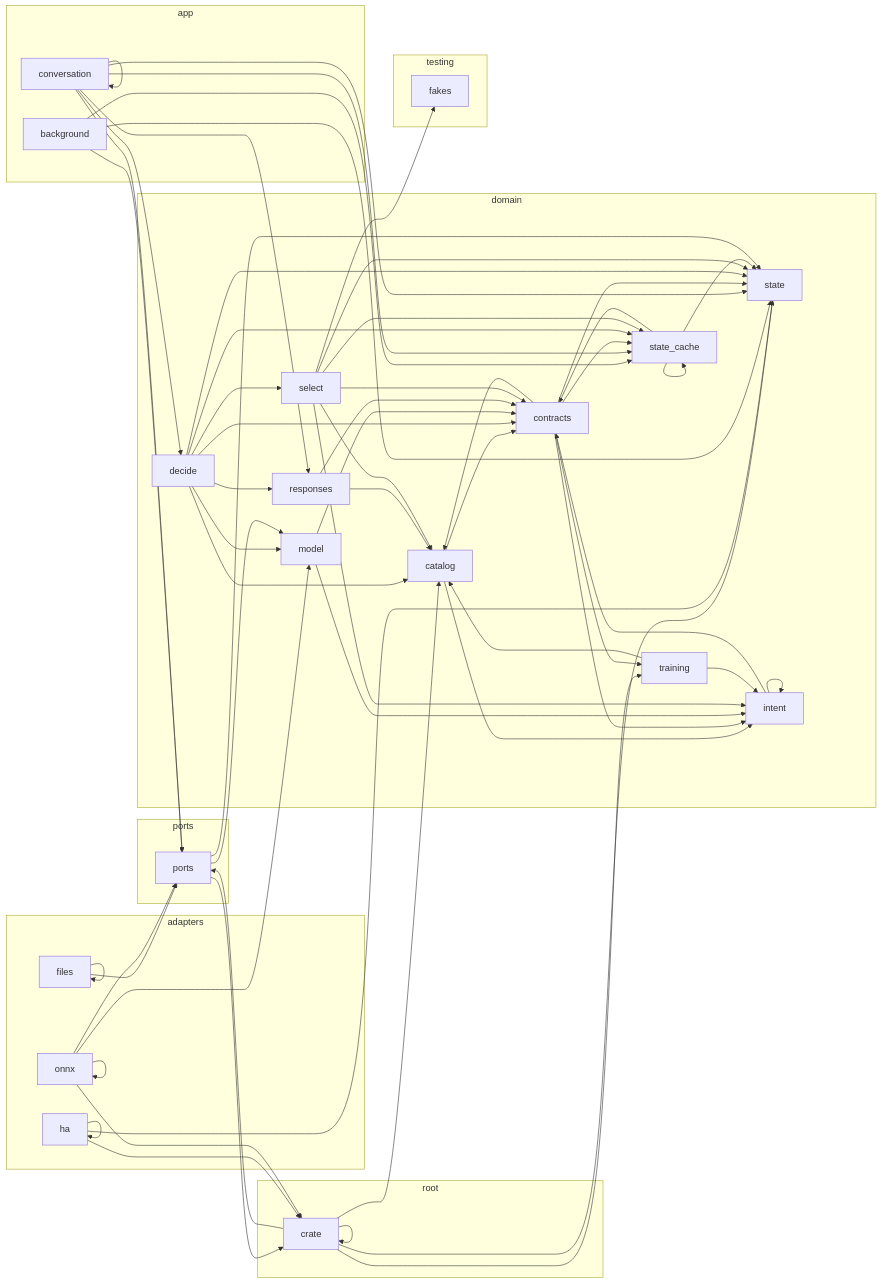
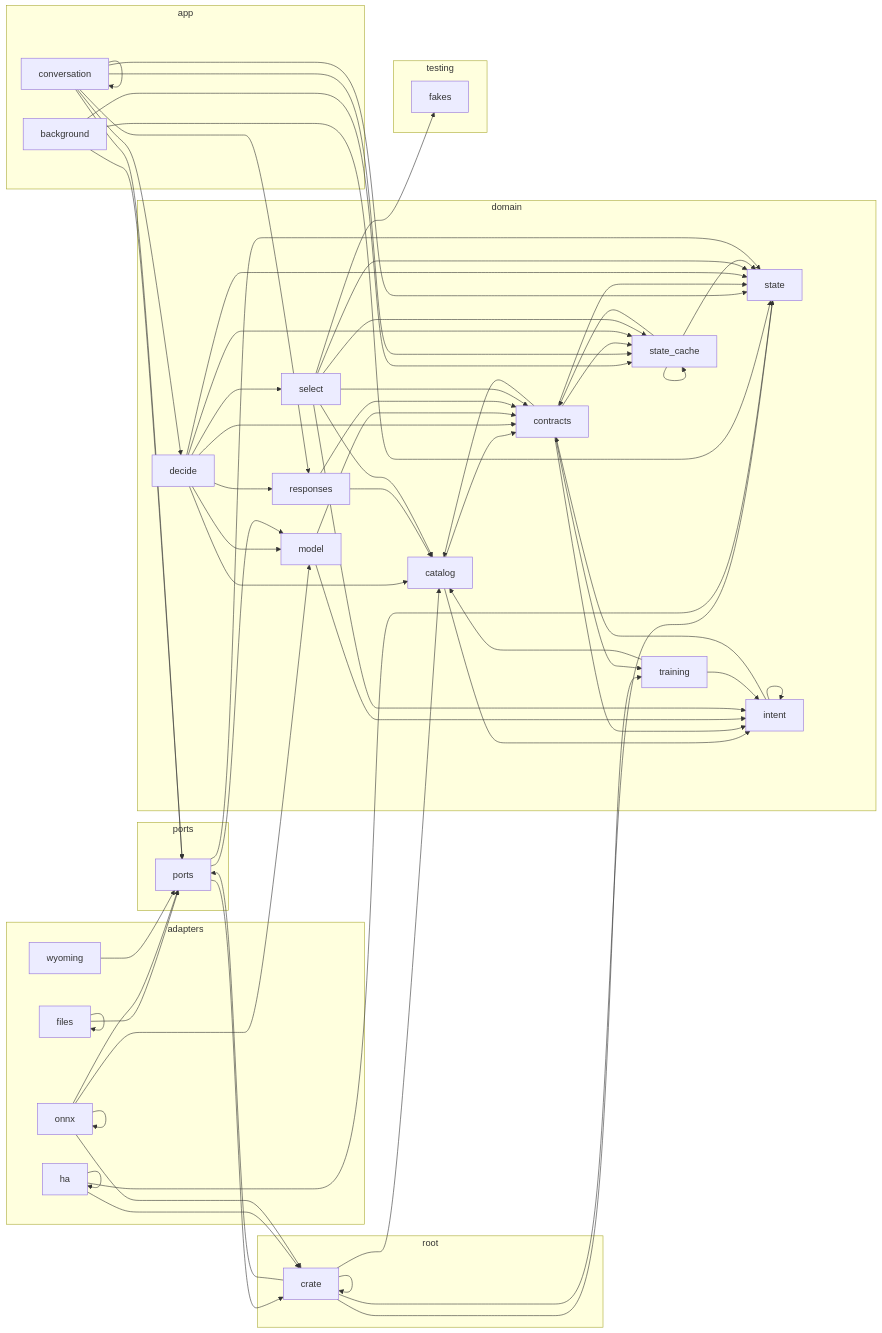
One commit to louislang/ha-jarvis changed the diagram in docs/architecture.md. Above: the diagram before and after it, drawn with Mermaid. The commit also changed 6 other files, not shown here.

```diff
--- a/docs/architecture.md
+++ b/docs/architecture.md
@@ -8,6 +8,7 @@
         crate_adapters_files[files]
         crate_adapters_ha[ha]
         crate_adapters_onnx[onnx]
+        crate_adapters_wyoming[wyoming]
     end
     subgraph app
         crate_app_background[background]
@@ -48,6 +49,7 @@
     crate_adapters_onnx --> crate_adapters_onnx
     crate_adapters_onnx --> crate_domain_model
     crate_adapters_onnx --> crate_ports
+    crate_adapters_wyoming --> crate_ports
     crate_app_background --> crate_domain_state
     crate_app_background --> crate_domain_state_cache
     crate_app_background --> crate_ports
```
